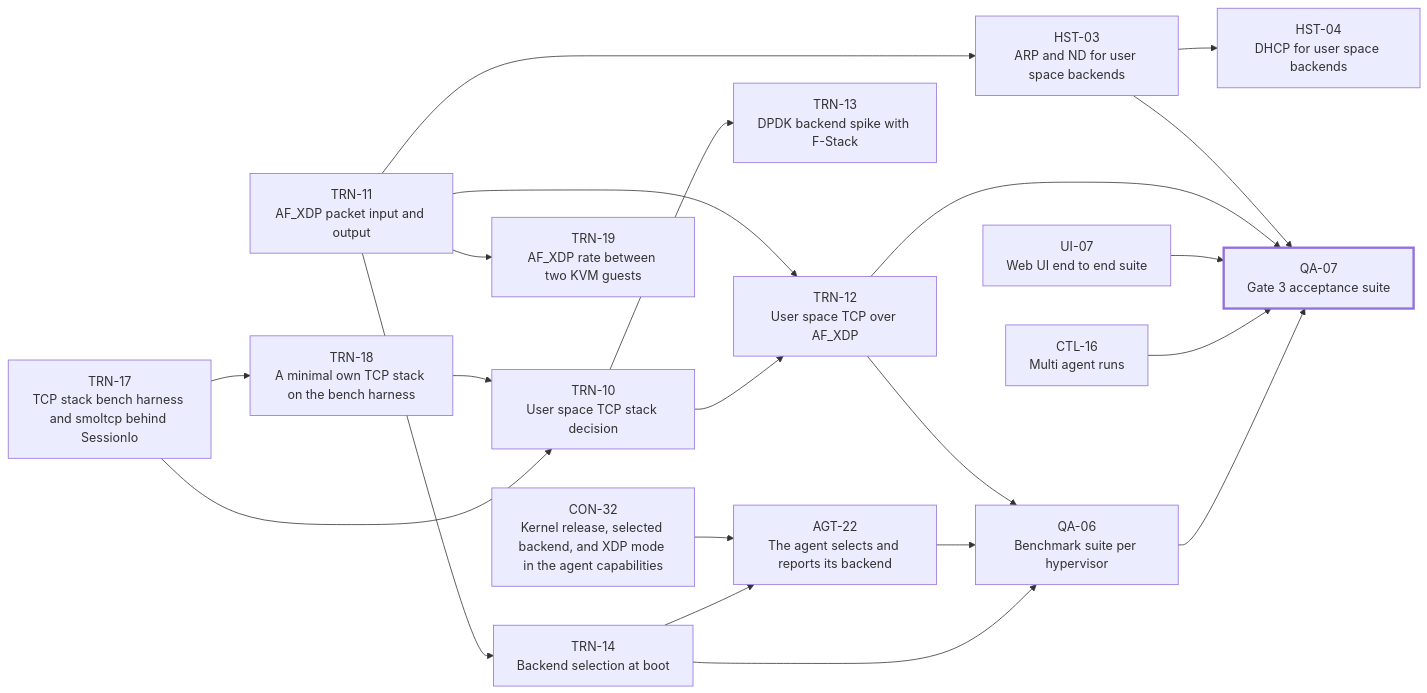
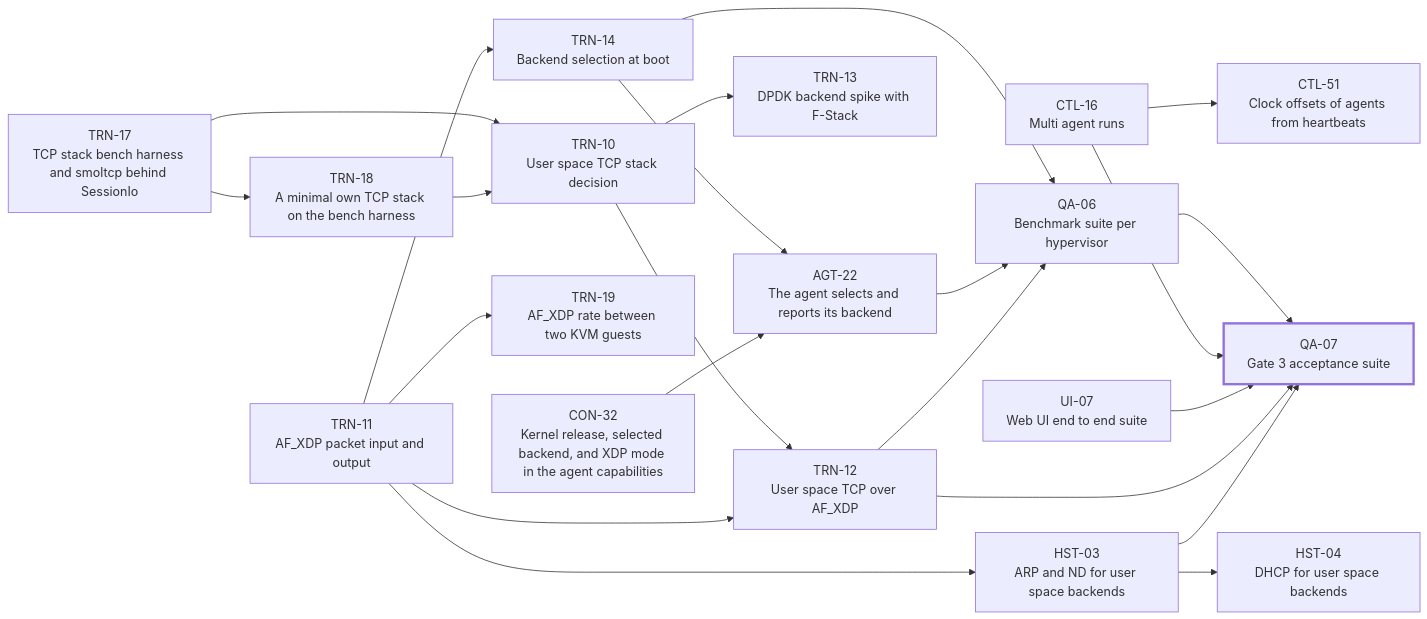
Before and after one commit to alrawi/FixingPointSystem: the diagram in docs/wiki/Work-Packages-Phase-3.md, drawn with Mermaid. The commit also changed other lines of this file and 5 other files, not shown here.

````diff
--- a/docs/wiki/Work-Packages-Phase-3.md
+++ b/docs/wiki/Work-Packages-Phase-3.md
@@ -12,41 +12,43 @@
 ```mermaid
 flowchart LR
   TRN_10["TRN-10<br/>User space TCP stack decision"]
   TRN_11["TRN-11<br/>AF_XDP packet input and output"]
   TRN_12["TRN-12<br/>User space TCP over AF_XDP"]
   HST_03["HST-03<br/>ARP and ND for user space backends"]
   TRN_13["TRN-13<br/>DPDK backend spike with F-Stack"]
   TRN_14["TRN-14<br/>Backend selection at boot"]
   CTL_16["CTL-16<br/>Multi agent runs"]
   UI_07["UI-07<br/>Web UI end to end suite"]
   QA_06["QA-06<br/>Benchmark suite per hypervisor"]
   QA_07["QA-07<br/>Gate 3 acceptance suite"]
   TRN_17["TRN-17<br/>TCP stack bench harness and smoltcp behind SessionIo"]
   TRN_18["TRN-18<br/>A minimal own TCP stack on the bench harness"]
   TRN_19["TRN-19<br/>AF_XDP rate between two KVM guests"]
   HST_04["HST-04<br/>DHCP for user space backends"]
   AGT_22["AGT-22<br/>The agent selects and reports its backend"]
   CON_32["CON-32<br/>Kernel release, selected backend, and XDP mode in the agent capabilities"]
+  CTL_51["CTL-51<br/>Clock offsets of agents from heartbeats"]
   TRN_17 --> TRN_10
   TRN_18 --> TRN_10
   TRN_10 --> TRN_12
   TRN_11 --> TRN_12
   TRN_11 --> HST_03
   TRN_10 --> TRN_13
   TRN_11 --> TRN_14
   TRN_14 --> QA_06
   AGT_22 --> QA_06
   TRN_12 --> QA_06
   QA_06 --> QA_07
   CTL_16 --> QA_07
   UI_07 --> QA_07
   TRN_12 --> QA_07
   HST_03 --> QA_07
   TRN_17 --> TRN_18
   TRN_11 --> TRN_19
   HST_03 --> HST_04
   TRN_14 --> AGT_22
   CON_32 --> AGT_22
+  CTL_16 --> CTL_51
   classDef critical stroke-width:3px
   class QA_07 critical
 ```
````
